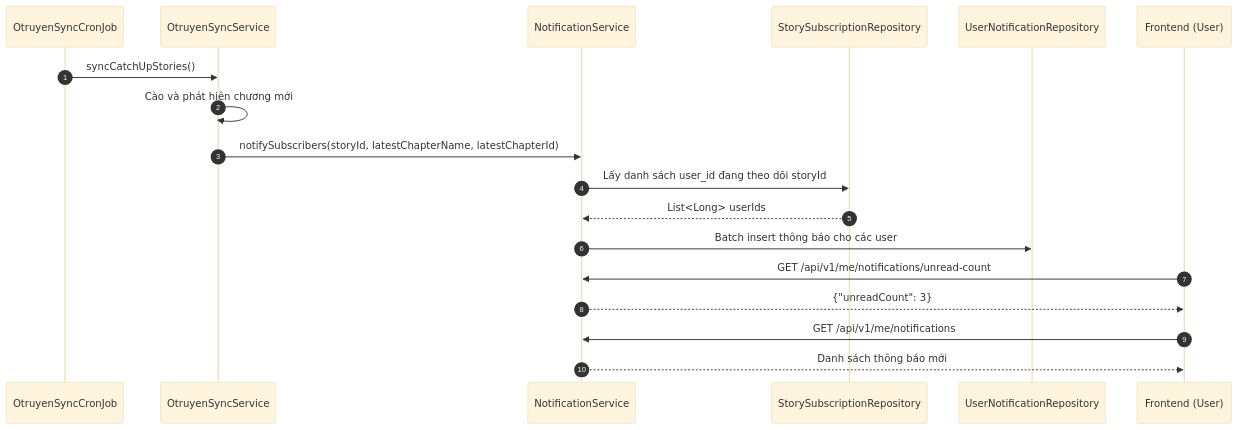
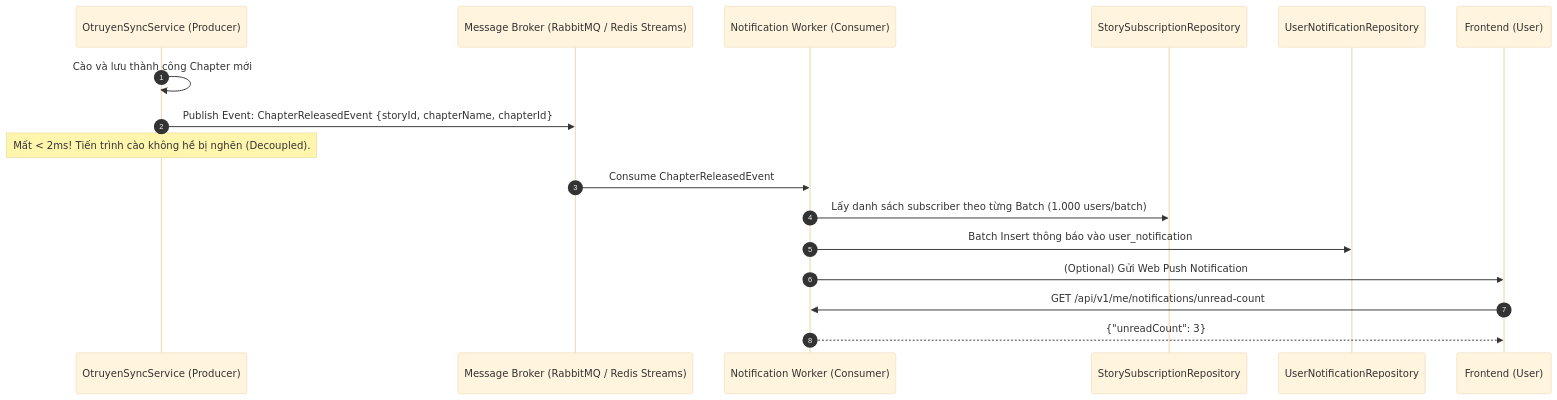
The diagram in docs/features/12-notification-system.md (baodang69/struyen), drawn with Mermaid (base theme) before and after one commit. The commit also changed other lines of this file and 19 other files, not shown here.

````diff
--- a/docs/features/12-notification-system.md
+++ b/docs/features/12-notification-system.md
@@ -23,22 +25,22 @@
 ```mermaid
 sequenceDiagram
     autonumber
-    participant Cron as OtruyenSyncCronJob
-    participant Sync as OtruyenSyncService
-    participant NotifService as NotificationService
+    participant Sync as OtruyenSyncService (Producer)
+    participant Broker as Message Broker (RabbitMQ / Redis Streams)
+    participant Worker as Notification Worker (Consumer)
     participant SubRepo as StorySubscriptionRepository
     participant NotifRepo as UserNotificationRepository
     participant Client as Frontend (User)
 
-    Cron->>Sync: syncCatchUpStories()
-    Sync->>Sync: Cào và phát hiện chương mới
-    Sync->>NotifService: notifySubscribers(storyId, latestChapterName, latestChapterId)
-    NotifService->>SubRepo: Lấy danh sách user_id đang theo dõi storyId
-    SubRepo-->>NotifService: List<Long> userIds
-    NotifService->>NotifRepo: Batch insert thông báo cho các user
-    
-    Client->>NotifService: GET /api/v1/me/notifications/unread-count
-    NotifService-->>Client: {"unreadCount": 3}
-    Client->>NotifService: GET /api/v1/me/notifications
-    NotifService-->>Client: Danh sách thông báo mới
+    Sync->>Sync: Cào và lưu thành công Chapter mới
+    Sync->>Broker: Publish Event: ChapterReleasedEvent {storyId, chapterName, chapterId}
+    Note over Sync: Mất < 2ms! Tiến trình cào không hề bị nghẽn (Decoupled).
+
+    Broker->>Worker: Consume ChapterReleasedEvent
+    Worker->>SubRepo: Lấy danh sách subscriber theo từng Batch (1.000 users/batch)
+    Worker->>NotifRepo: Batch Insert thông báo vào user_notification
+    Worker->>Client: (Optional) Gửi Web Push Notification
+
+    Client->>Worker: GET /api/v1/me/notifications/unread-count
+    Worker-->>Client: {"unreadCount": 3}
 ```
````
